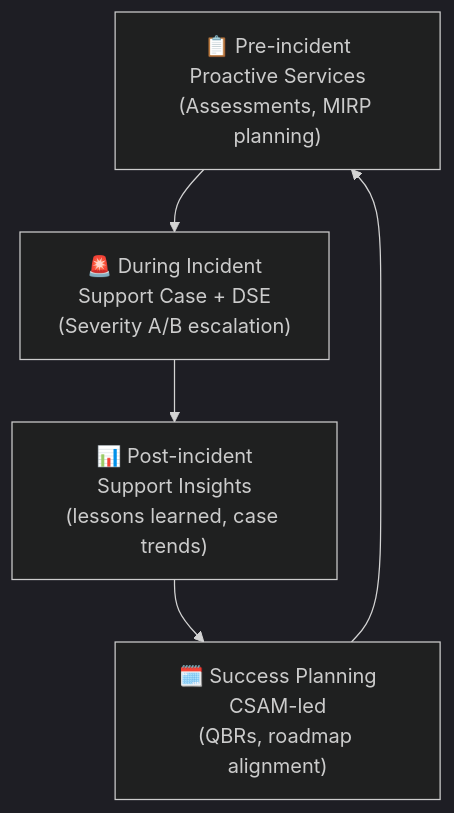
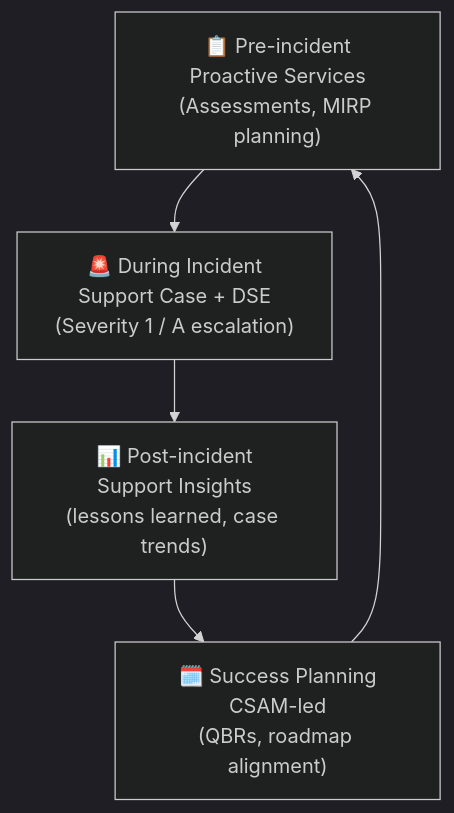
One commit to marcogrimaldi29/engage-center-notes changed the third of 3 diagrams in 00-overview.md. Above: the diagram before and after it, drawn with Mermaid.

Commit message:
Use Severity 1 / A in the overview lifecycle diagram

````diff
--- a/00-overview.md
+++ b/00-overview.md
@@ -110,10 +110,10 @@
 ```mermaid
 %%{init: {"theme":"dark"}}%%
 flowchart TD
     PRE["📋 Pre-incident\nProactive Services\n(Assessments, MIRP planning)"]
-    DURING["🚨 During Incident\nSupport Case + DSE\n(Severity A/B escalation)"]
+    DURING["🚨 During Incident\nSupport Case + DSE\n(Severity 1 / A escalation)"]
     POST["📊 Post-incident\nSupport Insights\n(lessons learned, case trends)"]
     PLAN["🗓️ Success Planning\nCSAM-led\n(QBRs, roadmap alignment)"]
 
     PLAN --> PRE --> DURING --> POST --> PLAN
 ```
````
